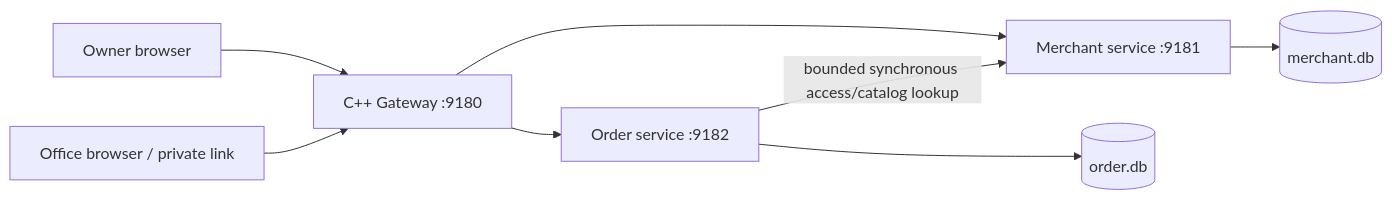
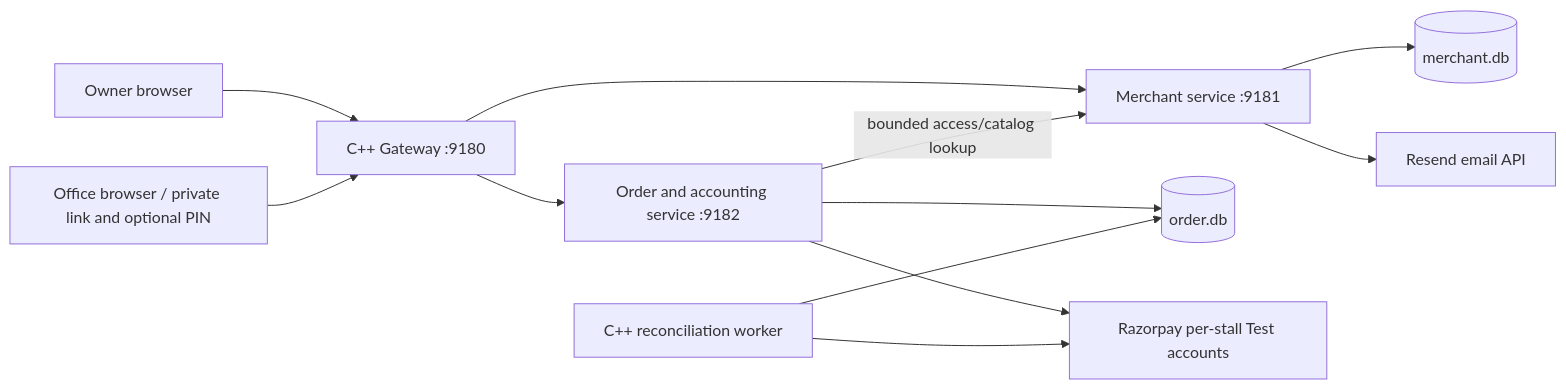
One commit to Pankil-Mevada/ChayRound changed the diagram in docs/ARCHITECTURE.md. Above: the diagram before and after it, drawn with Mermaid. The commit also changed other lines of this file and 33 other files, not shown here.

````diff
--- a/docs/ARCHITECTURE.md
+++ b/docs/ARCHITECTURE.md
@@ -5,10 +3,14 @@
 ```mermaid
 flowchart LR
-  O[Owner browser] --> G[C++ Gateway :9180]
-  C[Office browser / private link] --> G
+  Owner[Owner browser] --> G[C++ Gateway :9180]
+  Office[Office browser / private link and optional PIN] --> G
   G --> M[Merchant service :9181]
-  G --> S[Order service :9182]
-  S -->|bounded synchronous access/catalog lookup| M
+  G --> O[Order and accounting service :9182]
+  O -->|bounded access/catalog lookup| M
   M --> MD[(merchant.db)]
-  S --> OD[(order.db)]
+  O --> OD[(order.db)]
+  M --> Email[Resend email API]
+  O --> R[Razorpay per-stall Test accounts]
+  Worker[C++ reconciliation worker] --> OD
+  Worker --> R
 ```
````
